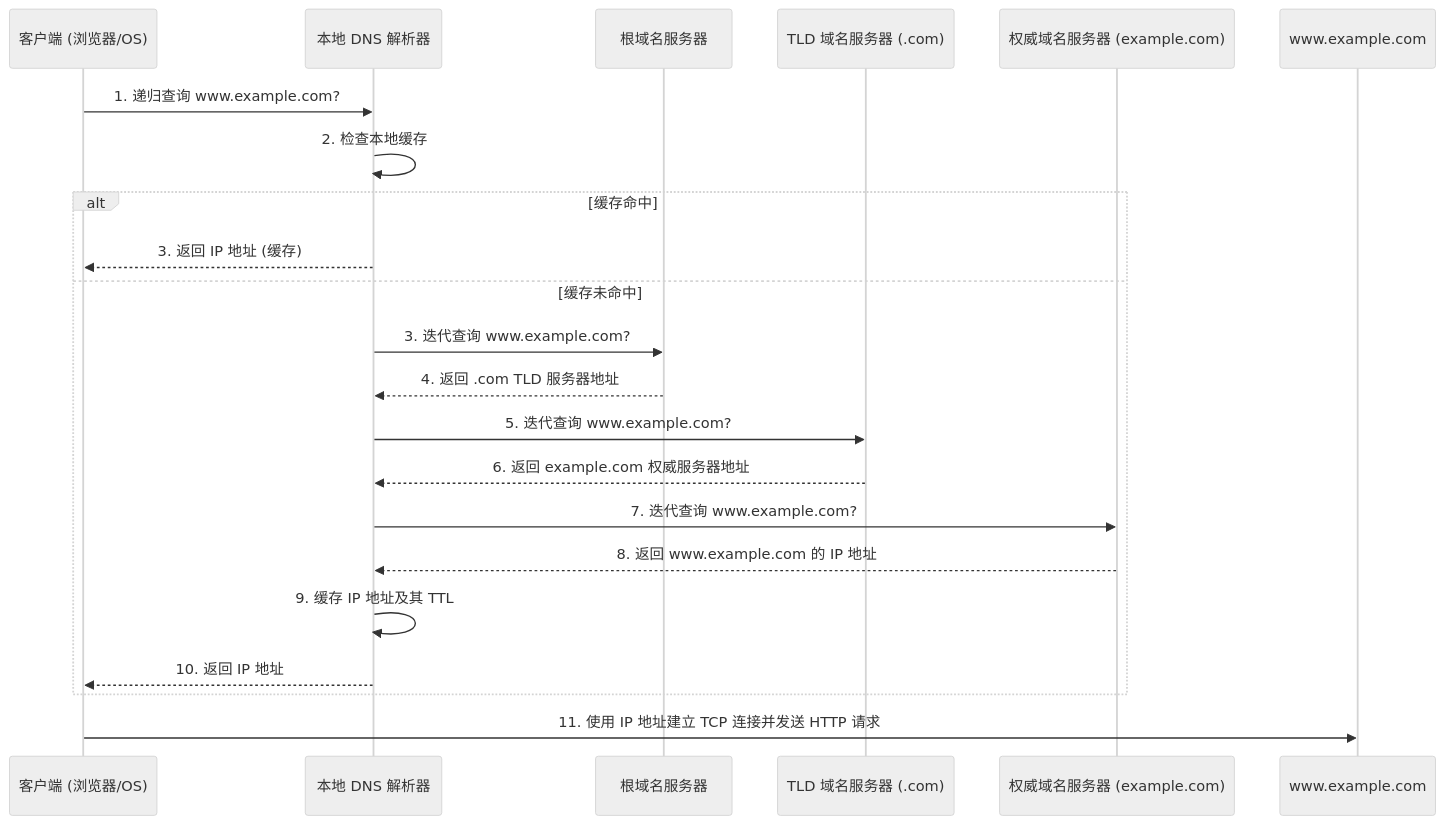
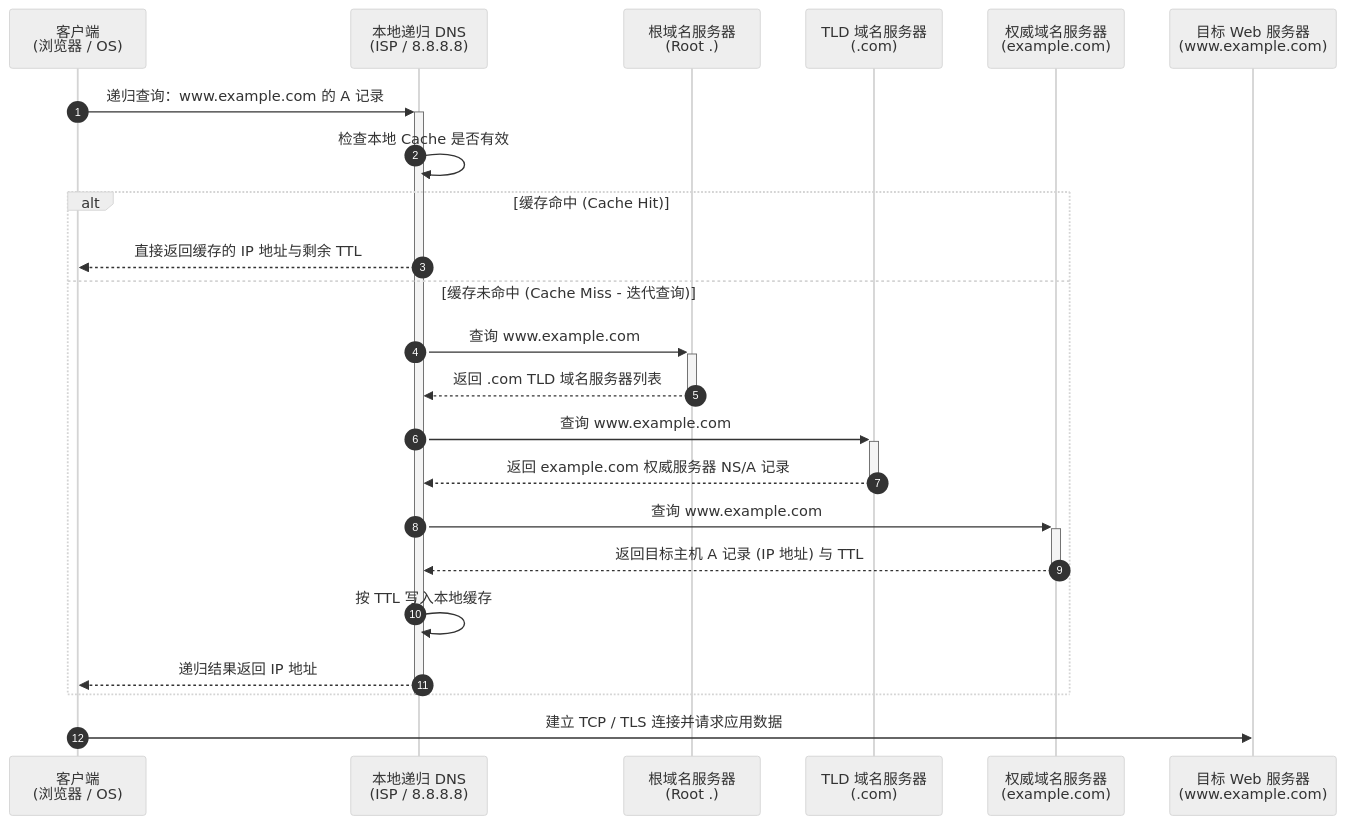
One commit to teatang/t-blog changed the diagram in source/_posts/2023/2023-03-19_DNS (Domain Name System) 协议详解.md. Above: the diagram before and after it, drawn with Mermaid (neutral theme). The commit also changed 26 other files, not shown here.

```diff
--- a/source/_posts/2023/2023-03-19_DNS (Domain Name System) 协议详解.md
+++ b/source/_posts/2023/2023-03-19_DNS (Domain Name System) 协议详解.md
@@ -105,24 +105,32 @@
 {% mermaid %}
 sequenceDiagram
-    participant Client as 客户端 (浏览器/OS)
-    participant LocalResolver as 本地 DNS 解析器
-    participant RootServer as 根域名服务器
-    participant TLDServer as TLD 域名服务器 (.com)
-    participant AuthoritativeServer as 权威域名服务器 (example.com)
+    autonumber
+    participant Client as 客户端<br/>(浏览器 / OS)
+    participant LocalResolver as 本地递归 DNS<br/>(ISP / 8.8.8.8)
+    participant RootServer as 根域名服务器<br/>(Root .)
+    participant TLDServer as TLD 域名服务器<br/>(.com)
+    participant AuthoritativeServer as 权威域名服务器<br/>(example.com)
+    participant TargetServer as 目标 Web 服务器<br/>(www.example.com)
 
-    Client->>LocalResolver: 1. 递归查询 www.example.com?
-    LocalResolver->>LocalResolver: 2. 检查本地缓存
-    alt 缓存命中
-        LocalResolver-->>Client: 3. 返回 IP 地址 (缓存)
-    else 缓存未命中
-        LocalResolver->>RootServer: 3. 迭代查询 www.example.com?
-        RootServer-->>LocalResolver: 4. 返回 .com TLD 服务器地址
-        LocalResolver->>TLDServer: 5. 迭代查询 www.example.com?
-        TLDServer-->>LocalResolver: 6. 返回 example.com 权威服务器地址
-        LocalResolver->>AuthoritativeServer: 7. 迭代查询 www.example.com?
-        AuthoritativeServer-->>LocalResolver: 8. 返回 www.example.com 的 IP 地址
-        LocalResolver->>LocalResolver: 9. 缓存 IP 地址及其 TTL
-        LocalResolver-->>Client: 10. 返回 IP 地址
+    Client->>+LocalResolver: 递归查询：www.example.com 的 A 记录
+    LocalResolver->>LocalResolver: 检查本地 Cache 是否有效
+
+    alt 缓存命中 (Cache Hit)
+        LocalResolver-->>Client: 直接返回缓存的 IP 地址与剩余 TTL
+    else 缓存未命中 (Cache Miss - 迭代查询)
+        LocalResolver->>+RootServer: 查询 www.example.com
+        RootServer-->>-LocalResolver: 返回 .com TLD 域名服务器列表
+        
+        LocalResolver->>+TLDServer: 查询 www.example.com
+        TLDServer-->>-LocalResolver: 返回 example.com 权威服务器 NS/A 记录
+        
+        LocalResolver->>+AuthoritativeServer: 查询 www.example.com
+        AuthoritativeServer-->>-LocalResolver: 返回目标主机 A 记录 (IP 地址) 与 TTL
+        
+        LocalResolver->>LocalResolver: 按 TTL 写入本地缓存
+        LocalResolver-->>Client: 递归结果返回 IP 地址
     end
-    Client->>www.example.com: 11. 使用 IP 地址建立 TCP 连接并发送 HTTP 请求
+    deactivate LocalResolver
+
+    Client->>TargetServer: 建立 TCP / TLS 连接并请求应用数据
 {% endmermaid %}
```
